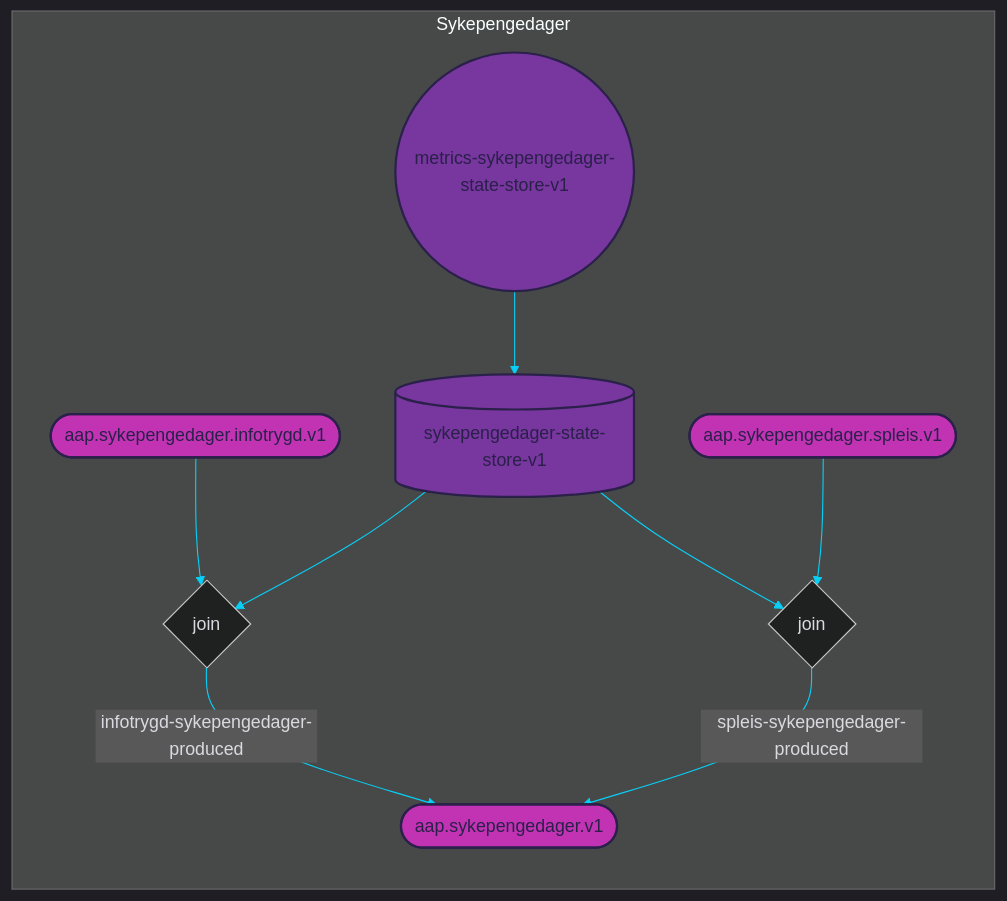
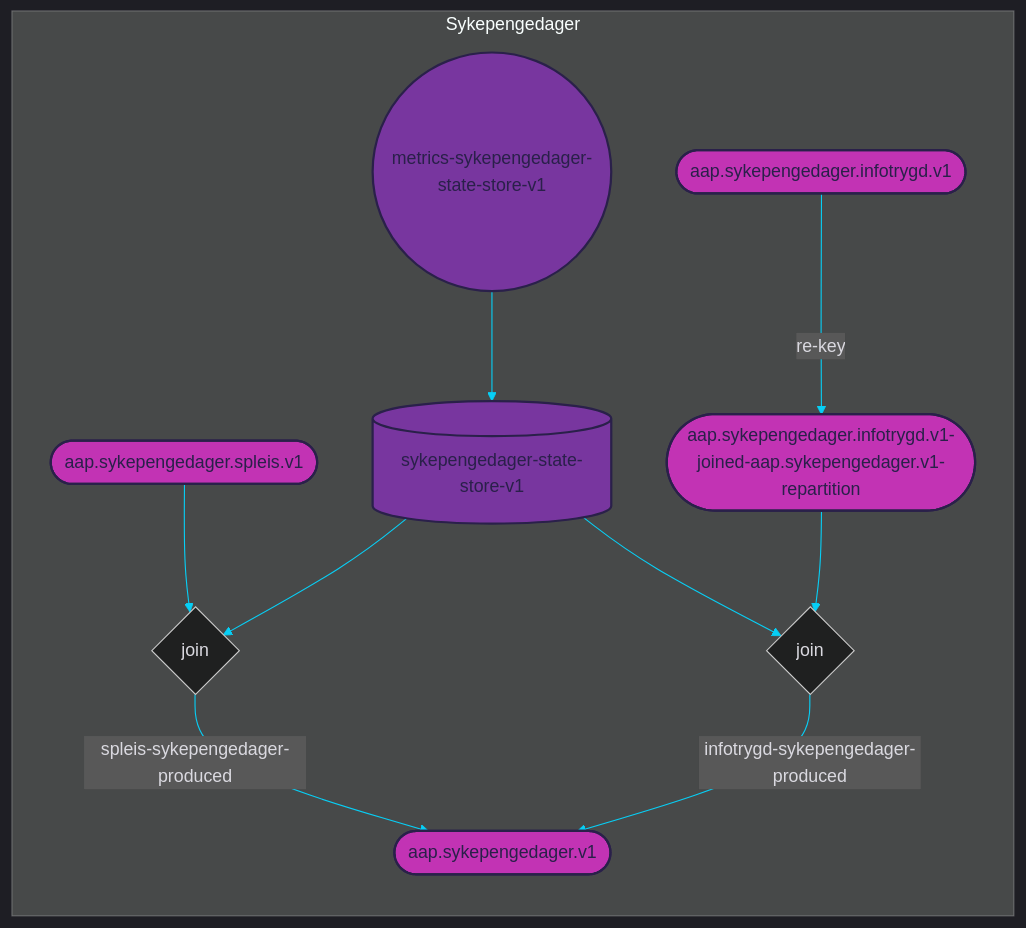
One commit to navikt/aap-sykepengedager changed the diagram in doc/topology.mermaid. Above: the diagram before and after it, drawn with Mermaid. The commit also changed 6 other files, not shown here.

```diff
--- a/doc/topology.mermaid
+++ b/doc/topology.mermaid
@@ -1,49 +1,51 @@
 
 %%{init: {'theme': 'dark', 'themeVariables': { 'primaryColor': '#07cff6', 'textColor': '#dad9e0', 'lineColor': '#07cff6'}}}%%
 
 graph LR
 
 subgraph Sykepengedager
     %% TOPICS
-    aap.sykepengedager.infotrygd.v1([aap.sykepengedager.infotrygd.v1])
-	aap.sykepengedager.spleis.v1([aap.sykepengedager.spleis.v1])
+    aap.sykepengedager.spleis.v1([aap.sykepengedager.spleis.v1])
+	aap.sykepengedager.infotrygd.v1-joined-aap.sykepengedager.v1-repartition([aap.sykepengedager.infotrygd.v1-joined-aap.sykepengedager.v1-repartition])
 	aap.sykepengedager.v1([aap.sykepengedager.v1])
+	aap.sykepengedager.infotrygd.v1([aap.sykepengedager.infotrygd.v1])
     
     %% JOINS
     join-0{join}
 	join-1{join}
     
     %% STATE STORES
     sykepengedager-state-store-v1[(sykepengedager-state-store-v1)]
     
     %% PROCESSOR API JOBS
     metrics-sykepengedager-state-store-v1((metrics-sykepengedager-state-store-v1))
     
     %% JOIN STREAMS
-    aap.sykepengedager.infotrygd.v1 --> join-0
+    aap.sykepengedager.infotrygd.v1-joined-aap.sykepengedager.v1-repartition --> join-0
 	sykepengedager-state-store-v1 --> join-0
 	join-0 --> |infotrygd-sykepengedager-produced| aap.sykepengedager.v1
 	aap.sykepengedager.spleis.v1 --> join-1
 	sykepengedager-state-store-v1 --> join-1
 	join-1 --> |spleis-sykepengedager-produced| aap.sykepengedager.v1
     
     %% JOB STREAMS
     metrics-sykepengedager-state-store-v1 --> sykepengedager-state-store-v1
     
     %% REPARTITION STREAMS
-    
+    aap.sykepengedager.infotrygd.v1 --> |re-key| aap.sykepengedager.infotrygd.v1-joined-aap.sykepengedager.v1-repartition
 end
 
 %% COLORS
 %% light    #dad9e0
 %% purple   #78369f
 %% pink     #c233b4
 %% dark     #2a204a
 %% blue     #07cff6
 
 %% STYLES
+style aap.sykepengedager.spleis.v1 fill:#c233b4, stroke:#2a204a, stroke-width:2px, color:#2a204a
+style aap.sykepengedager.infotrygd.v1-joined-aap.sykepengedager.v1-repartition fill:#c233b4, stroke:#2a204a, stroke-width:2px, color:#2a204a
+style aap.sykepengedager.v1 fill:#c233b4, stroke:#2a204a, stroke-width:2px, color:#2a204a
 style aap.sykepengedager.infotrygd.v1 fill:#c233b4, stroke:#2a204a, stroke-width:2px, color:#2a204a
-style aap.sykepengedager.spleis.v1 fill:#c233b4, stroke:#2a204a, stroke-width:2px, color:#2a204a
-style aap.sykepengedager.v1 fill:#c233b4, stroke:#2a204a, stroke-width:2px, color:#2a204a
 style sykepengedager-state-store-v1 fill:#78369f, stroke:#2a204a, stroke-width:2px, color:#2a204a
 style metrics-sykepengedager-state-store-v1 fill:#78369f, stroke:#2a204a, stroke-width:2px, color:#2a204a
```
